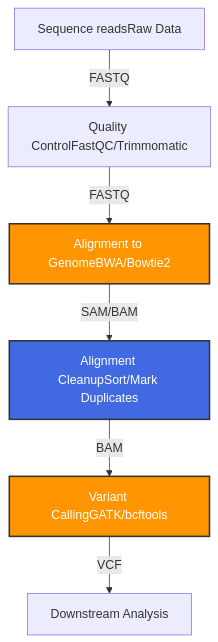
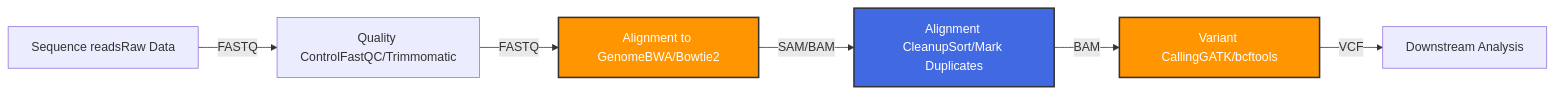
One commit to ColonnaLab/LongReadSeqDataAnalysis changed the second of 2 diagrams in lessons/day2-shortread-1.md. Above: the diagram before and after it, drawn with Mermaid.

Commit message:
lesson2 short

`````diff
--- a/lessons/day2-shortread-1.md
+++ b/lessons/day2-shortread-1.md
@@ -20,12 +20,12 @@
 ````mermaid
-graph TD
+graph LR
     A[Sequence readsRaw Data] -->|FASTQ| B[Quality ControlFastQC/Trimmomatic]
     B -->|FASTQ| C[Alignment to GenomeBWA/Bowtie2]
     C -->|SAM/BAM| D[Alignment CleanupSort/Mark Duplicates]
     D -->|BAM| E[Variant CallingGATK/bcftools]
     E -->|VCF| F[Downstream Analysis]
     
     style C fill:#ff9500,stroke:#333,stroke-width:2px,color:#fff
     style D fill:#4169e1,stroke:#333,stroke-width:2px,color:#fff
     style E fill:#ff9500,stroke:#333,stroke-width:2px,color:#fff
 ````
`````
